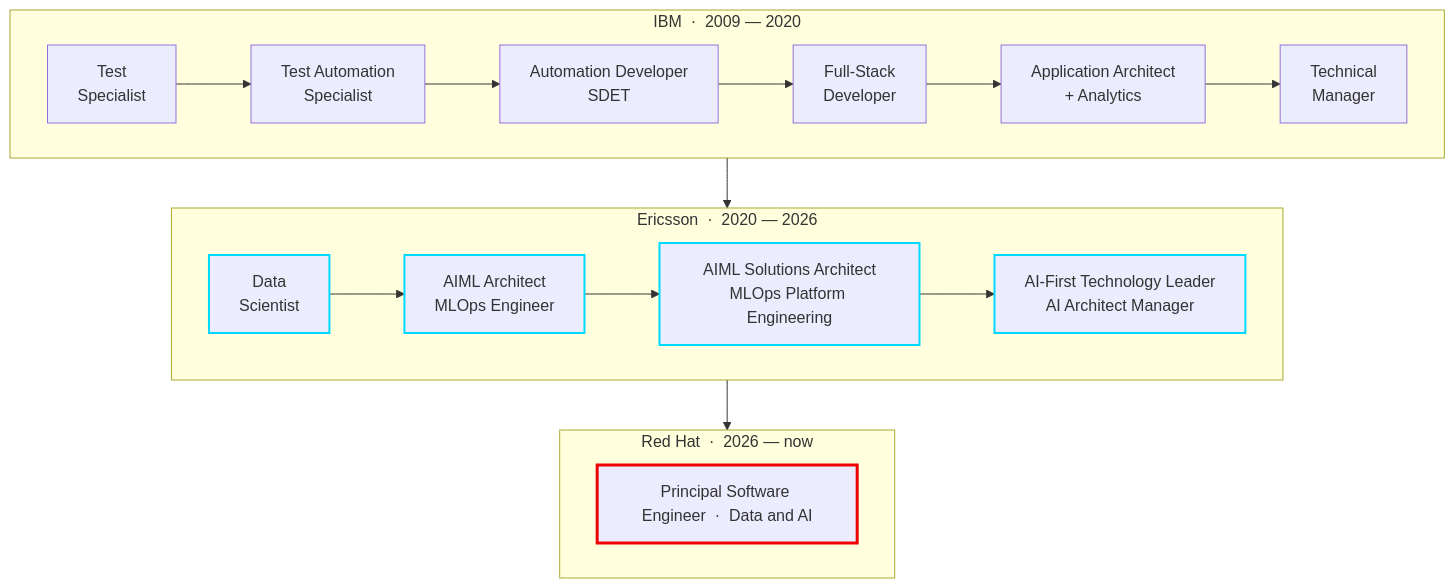
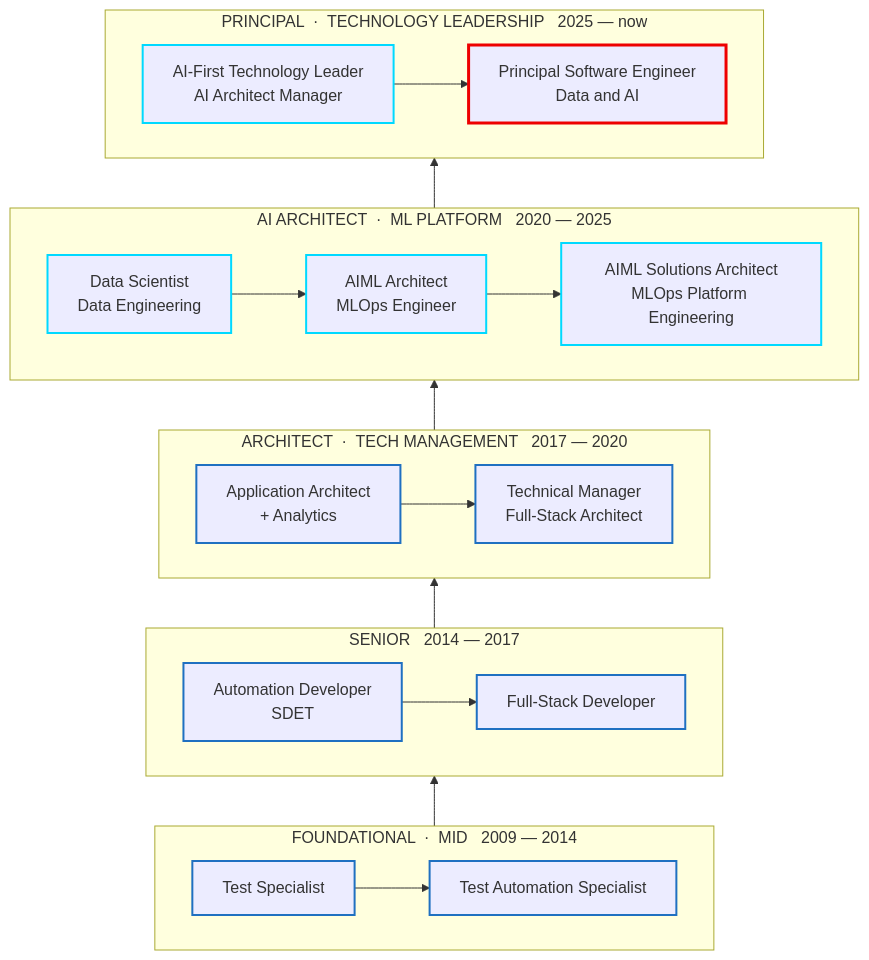
One commit to nirmchan/nirmchan changed the diagram in README.md. Above: the diagram before and after it, drawn with Mermaid. The commit also changed other lines of this file, not shown here.

Commit message:
Flip career diagram to ascend, add AI/ML to the stack line
Diagram now reads bottom-up through five seniority bands instead of
descending through three org blocks.

````diff
--- a/README.md
+++ b/README.md
@@ -99,24 +99,32 @@
 ```mermaid
-flowchart TB
-    subgraph IBM["IBM &nbsp;·&nbsp; 2009 — 2020"]
+flowchart BT
+    subgraph L5["PRINCIPAL &nbsp;·&nbsp; TECHNOLOGY LEADERSHIP &nbsp;&nbsp;2025 — now"]
         direction LR
-        A1["Test<br/>Specialist"] --> A2["Test Automation<br/>Specialist"] --> A3["Automation Developer<br/>SDET"] --> A4["Full-Stack<br/>Developer"] --> A5["Application Architect<br/>+ Analytics"] --> A6["Technical<br/>Manager"]
+        N8["AI-First Technology Leader<br/>AI Architect Manager"] --> N9["Principal Software Engineer<br/>Data and AI"]
+    end
+    subgraph L4["AI ARCHITECT &nbsp;·&nbsp; ML PLATFORM &nbsp;&nbsp;2020 — 2025"]
+        direction LR
+        N5["Data Scientist<br/>Data Engineering"] --> N6["AIML Architect<br/>MLOps Engineer"] --> N7["AIML Solutions Architect<br/>MLOps Platform Engineering"]
+    end
+    subgraph L3["ARCHITECT &nbsp;·&nbsp; TECH MANAGEMENT &nbsp;&nbsp;2017 — 2020"]
+        direction LR
+        N3["Application Architect<br/>+ Analytics"] --> N4["Technical Manager<br/>Full-Stack Architect"]
+    end
+    subgraph L2["SENIOR &nbsp;&nbsp;2014 — 2017"]
+        direction LR
+        N2a["Automation Developer<br/>SDET"] --> N2b["Full-Stack Developer"]
+    end
+    subgraph L1["FOUNDATIONAL &nbsp;·&nbsp; MID &nbsp;&nbsp;2009 — 2014"]
+        direction LR
+        N1a["Test Specialist"] --> N1b["Test Automation Specialist"]
     end
 
-    subgraph ERI["Ericsson &nbsp;·&nbsp; 2020 — 2026"]
-        direction LR
-        B1["Data<br/>Scientist"] --> B2["AIML Architect<br/>MLOps Engineer"] --> B3["AIML Solutions Architect<br/>MLOps Platform Engineering"] --> B4["AI-First Technology Leader<br/>AI Architect Manager"]
-    end
+    L1 --> L2 --> L3 --> L4 --> L5
 
-    subgraph RH["Red Hat &nbsp;·&nbsp; 2026 — now"]
-        direction LR
-        C1["Principal Software Engineer &nbsp;·&nbsp; Data and AI"]
-    end
-
-    IBM --> ERI --> RH
-
-    classDef now stroke:#EE0000,stroke-width:3px
-    classDef ai stroke:#00D9FF,stroke-width:2px
-    class C1 now
-    class B1,B2,B3,B4 ai
+    classDef ibm stroke:#1F70C1,stroke-width:2px
+    classDef eri stroke:#00D9FF,stroke-width:2px
+    classDef rh  stroke:#EE0000,stroke-width:3px
+    class N1a,N1b,N2a,N2b,N3,N4 ibm
+    class N5,N6,N7,N8 eri
+    class N9 rh
 ```
````
